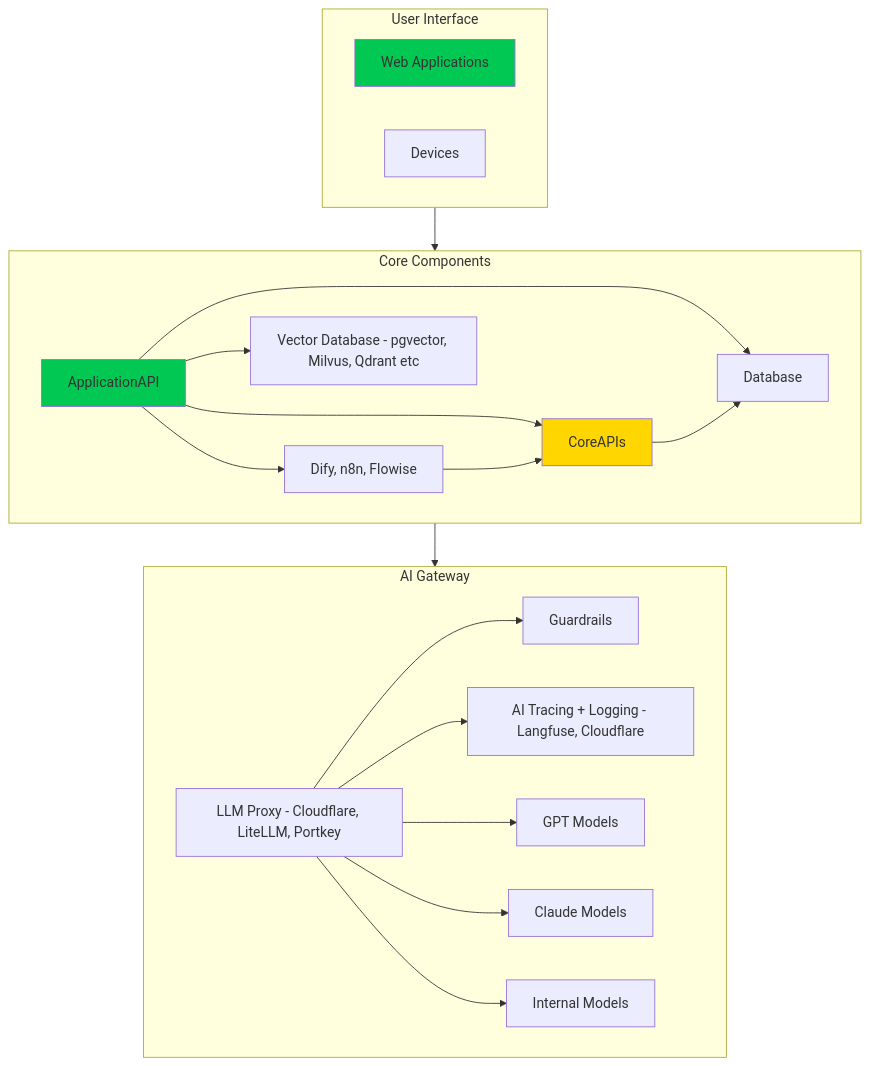
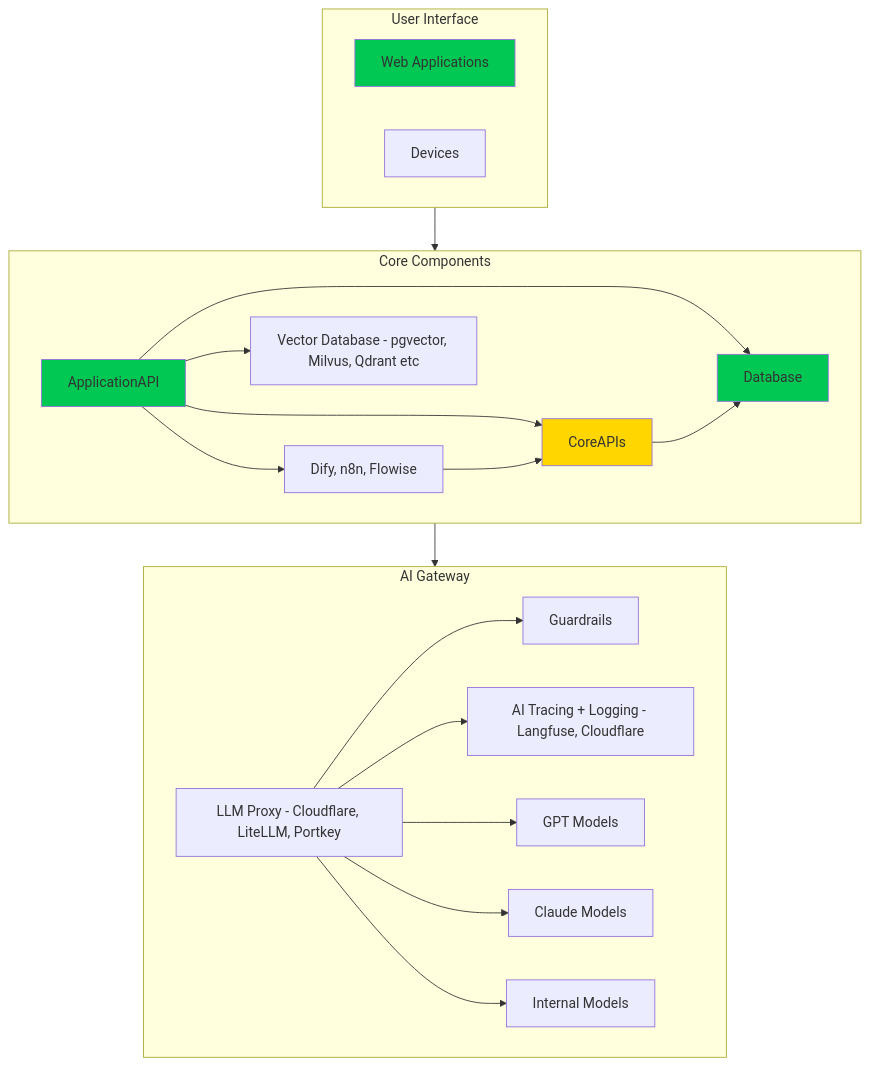
Before and after one commit to slokareddygov-rgb/Learn_GIt: the first of 8 diagrams in README.md, drawn with Mermaid.

````diff
--- a/README.md
+++ b/README.md
@@ -17,35 +17,36 @@
 ```mermaid
 flowchart TB
     subgraph UX["User Interface"]
         Web["Web Applications"]
         Devices["Devices"]
     end
 
     subgraph Core["Core Components"]
         Orchestrator["Dify, n8n, Flowise"]
         ApplicationAPI["ApplicationAPI"]
         CoreAPIs["CoreAPIs"]
         VDB["Vector Database - pgvector, Milvus, Qdrant etc"]
         Database["Database"]
     end
 
     subgraph Gateway["AI Gateway"]
         Guardrails["Guardrails"]
         LP["LLM Proxy - Cloudflare, LiteLLM, Portkey"]
         Tracing["AI Tracing + Logging - Langfuse, Cloudflare"]
         OpenAI["GPT Models"]
         Anthropic["Claude Models"]
         Internal["Internal Models"]
     end
 
     ApplicationAPI --> Orchestrator & CoreAPIs & VDB & Database
     Orchestrator --> CoreAPIs
     CoreAPIs --> Database
     UX --> Core
     LP --> Guardrails & Tracing & OpenAI & Anthropic & Internal
     Core --> Gateway
 
     style Web fill:#00C853
     style ApplicationAPI fill:#00C853
     style CoreAPIs fill:#FFD600
+    style Database fill:#00C853
 ```
````
